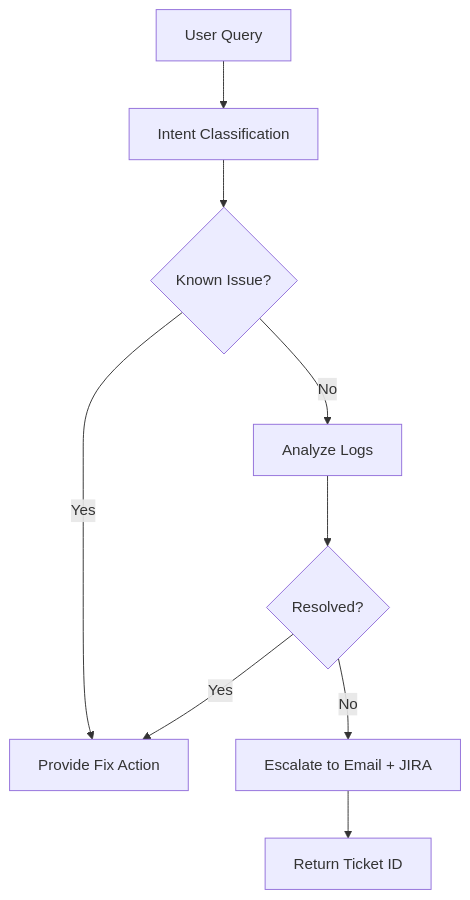
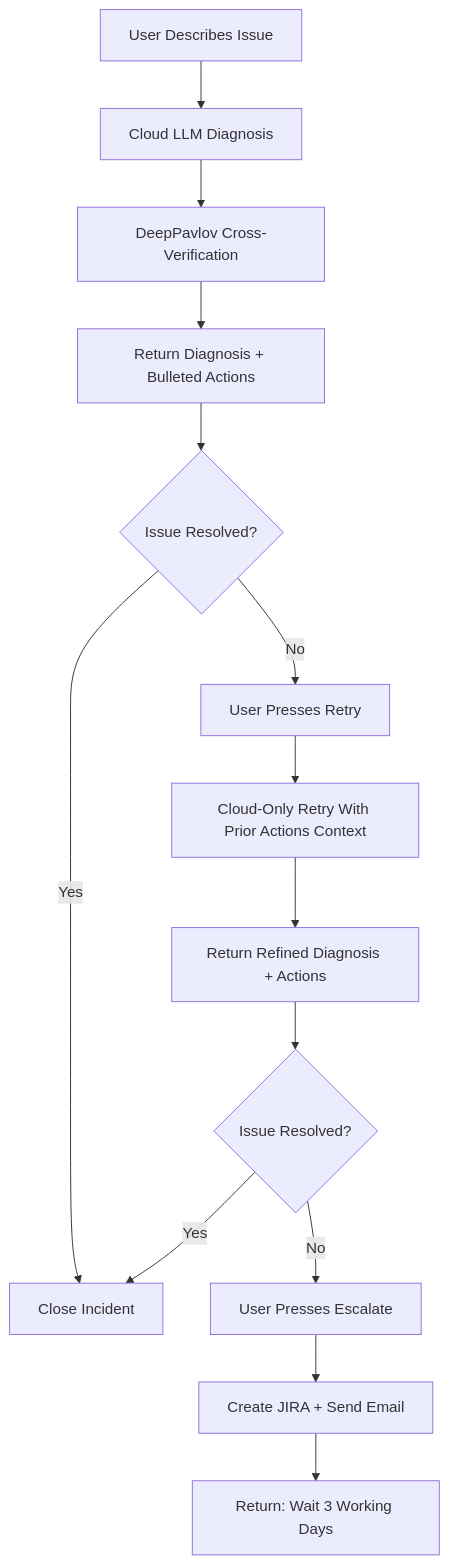
Before and after one commit to winitramesh2/AegisAgent: the second of 3 diagrams in docs/ARCHITECTURE.md, drawn with Mermaid. The commit also changed other lines of this file and 4 other files, not shown here.

Commit message:
Document cloud-first support workflow and retry/escalation path

````diff
--- a/docs/ARCHITECTURE.md
+++ b/docs/ARCHITECTURE.md
@@ -54,11 +57,16 @@
 ```mermaid
 flowchart TD
-  Start[User Query] --> Intent[Intent Classification]
-  Intent --> Known{Known Issue?}
-  Known -->|Yes| Fix[Provide Fix Action]
-  Known -->|No| Logs[Analyze Logs]
-  Logs --> Resolved{Resolved?}
-  Resolved -->|Yes| Fix
-  Resolved -->|No| Escalate[Escalate to Email + JIRA]
-  Escalate --> End[Return Ticket ID]
+  Start[User Describes Issue] --> Cloud[Cloud LLM Diagnosis]
+  Cloud --> Local[DeepPavlov Cross-Verification]
+  Local --> Guided[Return Diagnosis + Bulleted Actions]
+  Guided --> Fixed{Issue Resolved?}
+  Fixed -->|Yes| End[Close Incident]
+  Fixed -->|No| Retry[User Presses Retry]
+  Retry --> RetryCloud[Cloud-Only Retry With Prior Actions Context]
+  RetryCloud --> RetryGuided[Return Refined Diagnosis + Actions]
+  RetryGuided --> Fixed2{Issue Resolved?}
+  Fixed2 -->|Yes| End
+  Fixed2 -->|No| Escalate[User Presses Escalate]
+  Escalate --> JiraMail[Create JIRA + Send Email]
+  JiraMail --> SLA[Return: Wait 3 Working Days]
 ```
````
